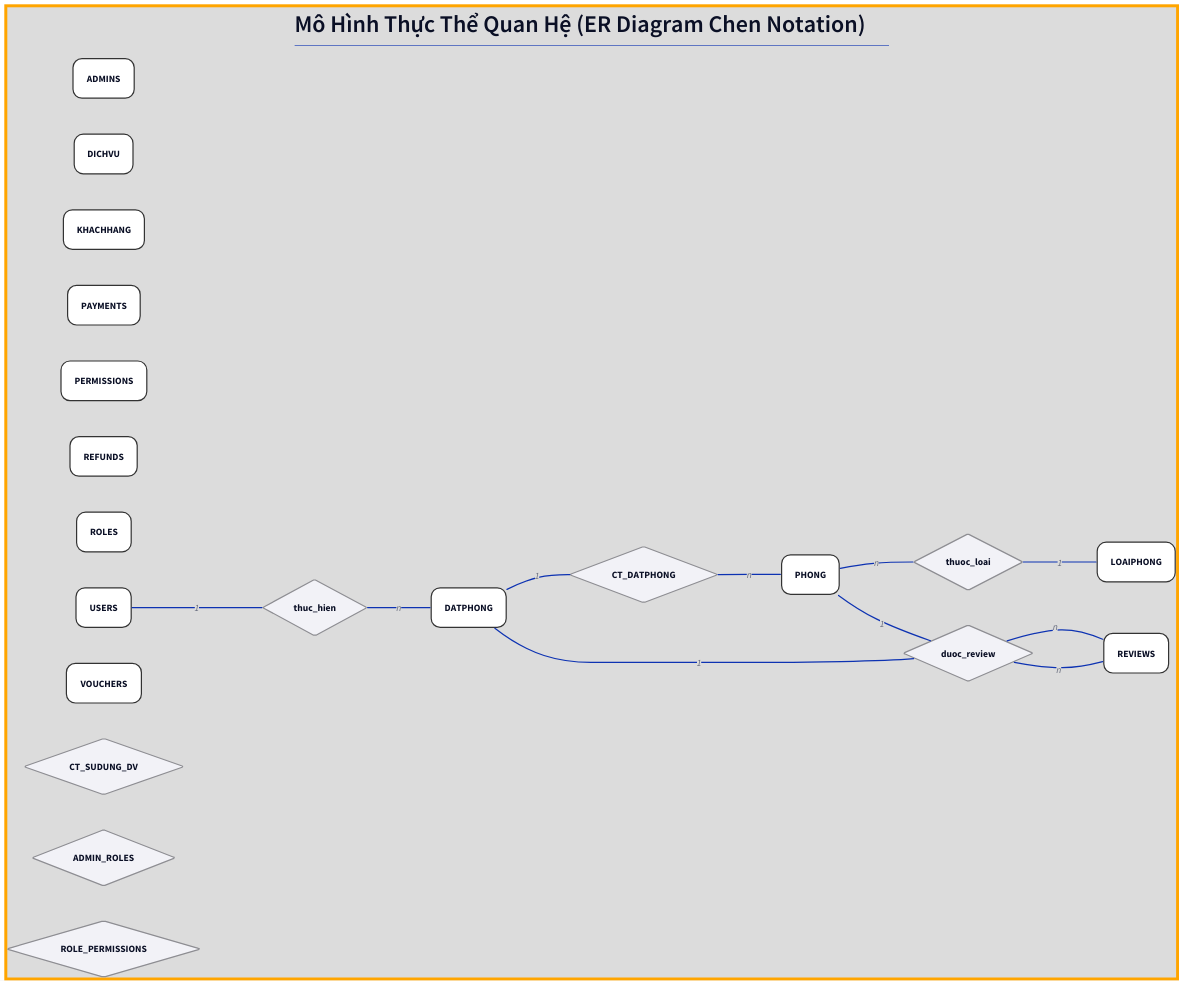
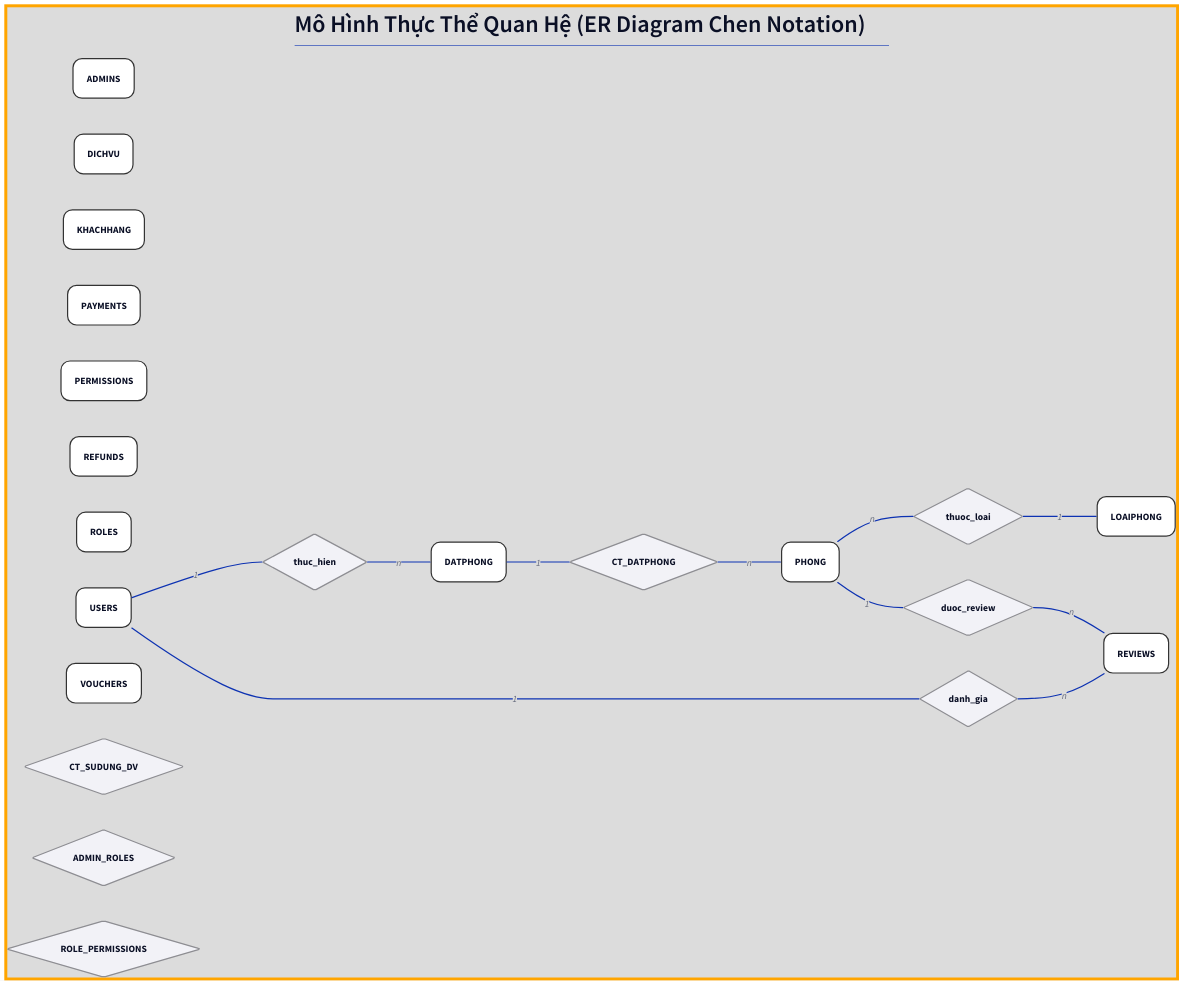
Before and after one commit to sam-uit/ie103-project-report: the diagram in report/content/diagrams/er.d2, drawn with D2.

```diff
--- a/report/content/diagrams/er.d2
+++ b/report/content/diagrams/er.d2
@@ -91,6 +91,7 @@
 thuc_hien: {class: rel}
 thuoc_loai: {class: rel}
 duoc_review: {class: rel}
+danh_gia: {class: rel}
 
 USERS -- thuc_hien: 1
 thuc_hien -- DATPHONG: n
@@ -101,11 +102,14 @@
 PHONG -- thuoc_loai: n
 thuoc_loai -- LOAIPHONG: 1
 
-DATPHONG -- duoc_review: 1
-duoc_review -- REVIEWS: n
+# DATPHONG -- duoc_review: 1
+# duoc_review -- REVIEWS: n
 
 PHONG -- duoc_review: 1
 duoc_review -- REVIEWS: n
+
+USERS -- danh_gia: 1
+danh_gia -- REVIEWS: n
 
 # === AUTH SYSTEM ===
 # admins: {class: entity}
```
